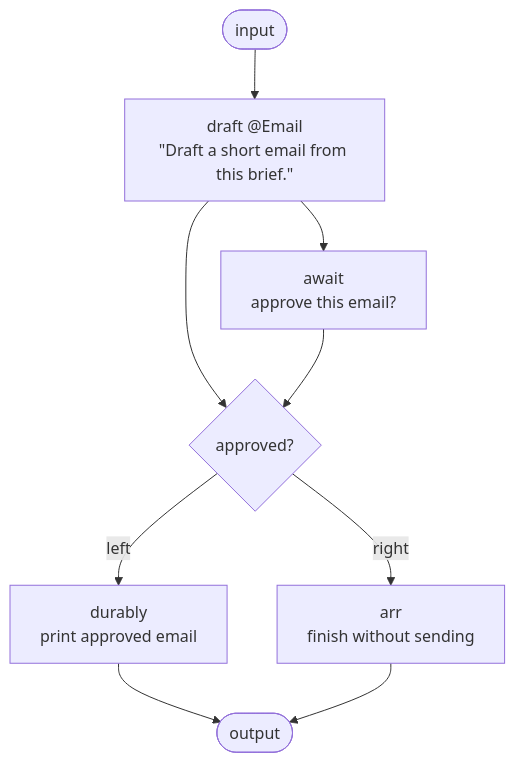
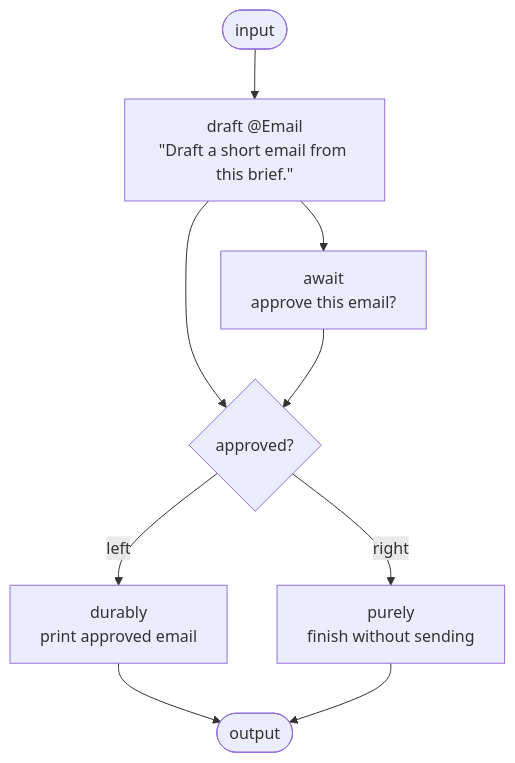
One commit to drshade/haskell-agentic changed the diagram in examples/diagrams/email-approval.mmd. Above: the diagram before and after it, drawn with Mermaid. The commit also changed 49 other files, not shown here.

Commit message:
Generalise repeat predicates to flows and document the calculus

```diff
--- a/examples/diagrams/email-approval.mmd
+++ b/examples/diagrams/email-approval.mmd
@@ -1,16 +1,16 @@
 flowchart TD
   input(["input"])
   n_flow_seq_0_0["draft @Email<br/>#quot;Draft a short email from this brief.#quot;"]
   n_flow_seq_1_seq_0_fan_1_note_0["await<br/>approve this email?"]
   n_flow_seq_1_seq_1_seq_1_note_0{"approved?"}
   n_flow_seq_1_seq_1_seq_1_note_choose_0_note_0["durably<br/>print approved email"]
-  n_flow_seq_1_seq_1_seq_1_note_choose_1_note_0["arr<br/>finish without sending"]
+  n_flow_seq_1_seq_1_seq_1_note_choose_1_note_0["purely<br/>finish without sending"]
   output(["output"])
   input --> n_flow_seq_0_0
   n_flow_seq_0_0 --> n_flow_seq_1_seq_0_fan_1_note_0
   n_flow_seq_0_0 --> n_flow_seq_1_seq_1_seq_1_note_0
   n_flow_seq_1_seq_0_fan_1_note_0 --> n_flow_seq_1_seq_1_seq_1_note_0
   n_flow_seq_1_seq_1_seq_1_note_0 -->|left| n_flow_seq_1_seq_1_seq_1_note_choose_0_note_0
   n_flow_seq_1_seq_1_seq_1_note_0 -->|right| n_flow_seq_1_seq_1_seq_1_note_choose_1_note_0
   n_flow_seq_1_seq_1_seq_1_note_choose_0_note_0 --> output
   n_flow_seq_1_seq_1_seq_1_note_choose_1_note_0 --> output
```
